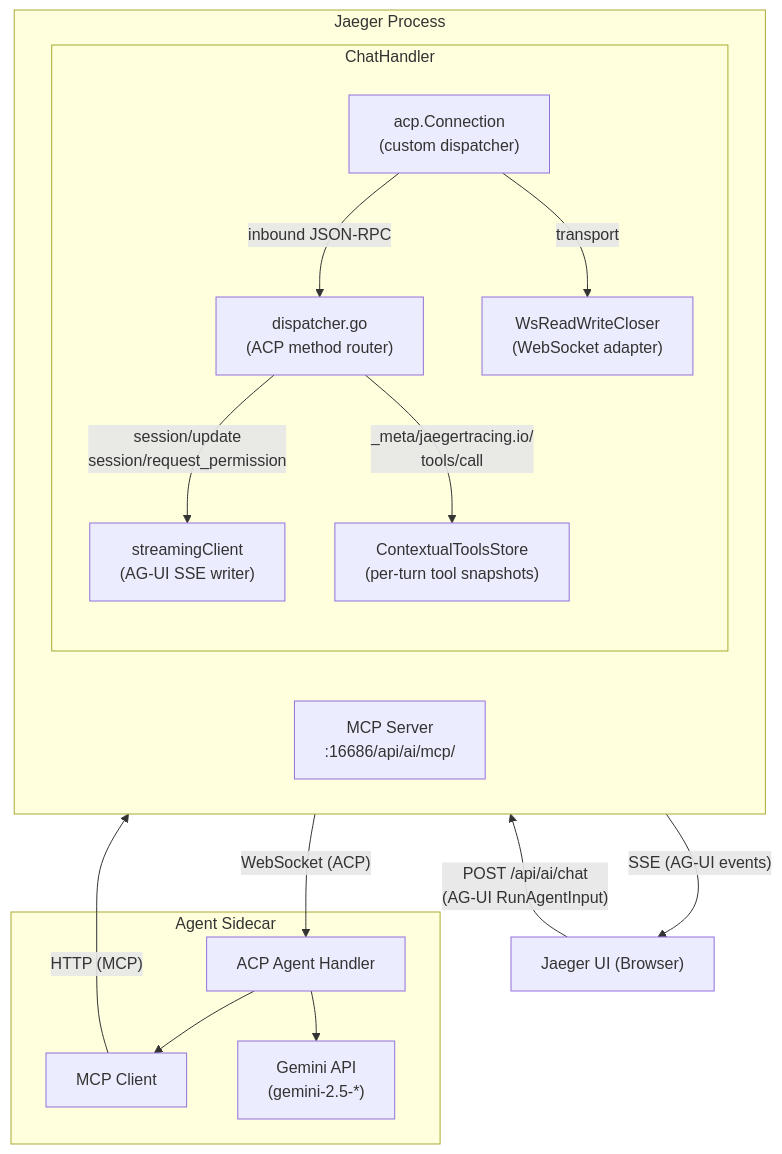
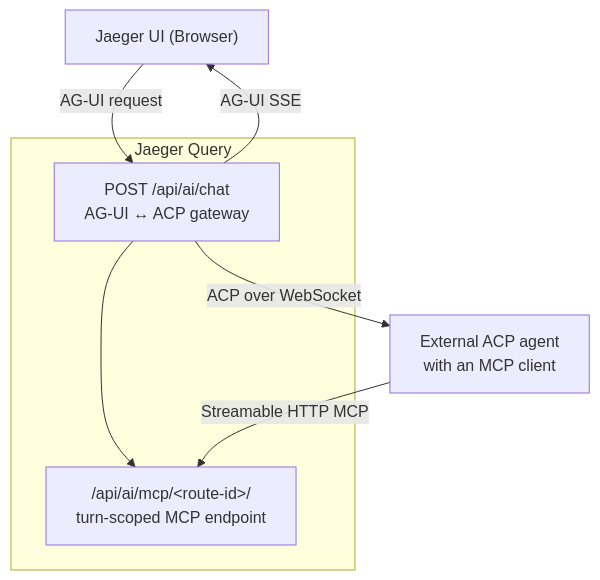
One commit to jaegertracing/jaeger changed the diagram in cmd/jaeger/internal/extension/jaegerquery/internal/jaegerai/README.md. Above: the diagram before and after it, drawn with Mermaid. The commit also changed other lines of this file and 12 other files, not shown here.

Commit message:
refactor(ai): Remove legacy ACP tool routing

````diff
--- a/cmd/jaeger/internal/extension/jaegerquery/internal/jaegerai/README.md
+++ b/cmd/jaeger/internal/extension/jaegerquery/internal/jaegerai/README.md
@@ -17,34 +14,17 @@
 ```mermaid
 flowchart TB
     UI["Jaeger UI (Browser)"]
 
-    subgraph jaeger["Jaeger Process"]
-        direction LR
-        MCP["MCP Server<br>:16686/api/ai/mcp/"]
-        subgraph handler["ChatHandler"]
-            direction TB
-            ACPCONN["acp.Connection<br>(custom dispatcher)"]
-            DISPATCH["dispatcher.go<br>(ACP method router)"]
-            SC["streamingClient<br>(AG-UI SSE writer)"]
-            WS["WsReadWriteCloser<br>(WebSocket adapter)"]
-            STORE["ContextualToolsStore<br>(per-turn tool snapshots)"]
-            ACPCONN -- "inbound JSON-RPC" --> DISPATCH
-            DISPATCH -- "session/update<br>session/request_permission" --> SC
-            DISPATCH -- "_meta/jaegertracing.io/<br>tools/call" --> STORE
-            ACPCONN -- "transport" --> WS
-        end
+    subgraph jaeger["Jaeger Query"]
+        CHAT["POST /api/ai/chat<br>AG-UI ↔ ACP gateway"]
+        MCP["/api/ai/mcp/&lt;route-id&gt;/<br>turn-scoped MCP endpoint"]
+        CHAT --> MCP
     end
 
-    subgraph sidecar["Agent Sidecar"]
-        AGENT["ACP Agent Handler"]
-        MCPCLIENT["MCP Client"]
-        GEMINI["Gemini API<br>(gemini-2.5-*)"]
-        AGENT --> MCPCLIENT
-        AGENT --> GEMINI
-    end
+    AGENT["External ACP agent<br>with an MCP client"]
 
-    UI -- "POST /api/ai/chat<br>(AG-UI RunAgentInput)" --> handler
-    SC -- "SSE (AG-UI events)" --> UI
-    WS -- "WebSocket (ACP)" --> AGENT
-    MCPCLIENT -- "HTTP (MCP)" --> MCP
+    UI -- "AG-UI request" --> CHAT
+    CHAT -- "AG-UI SSE" --> UI
+    CHAT -- "ACP over WebSocket" --> AGENT
+    AGENT -- "Streamable HTTP MCP" --> MCP
 ```
````
